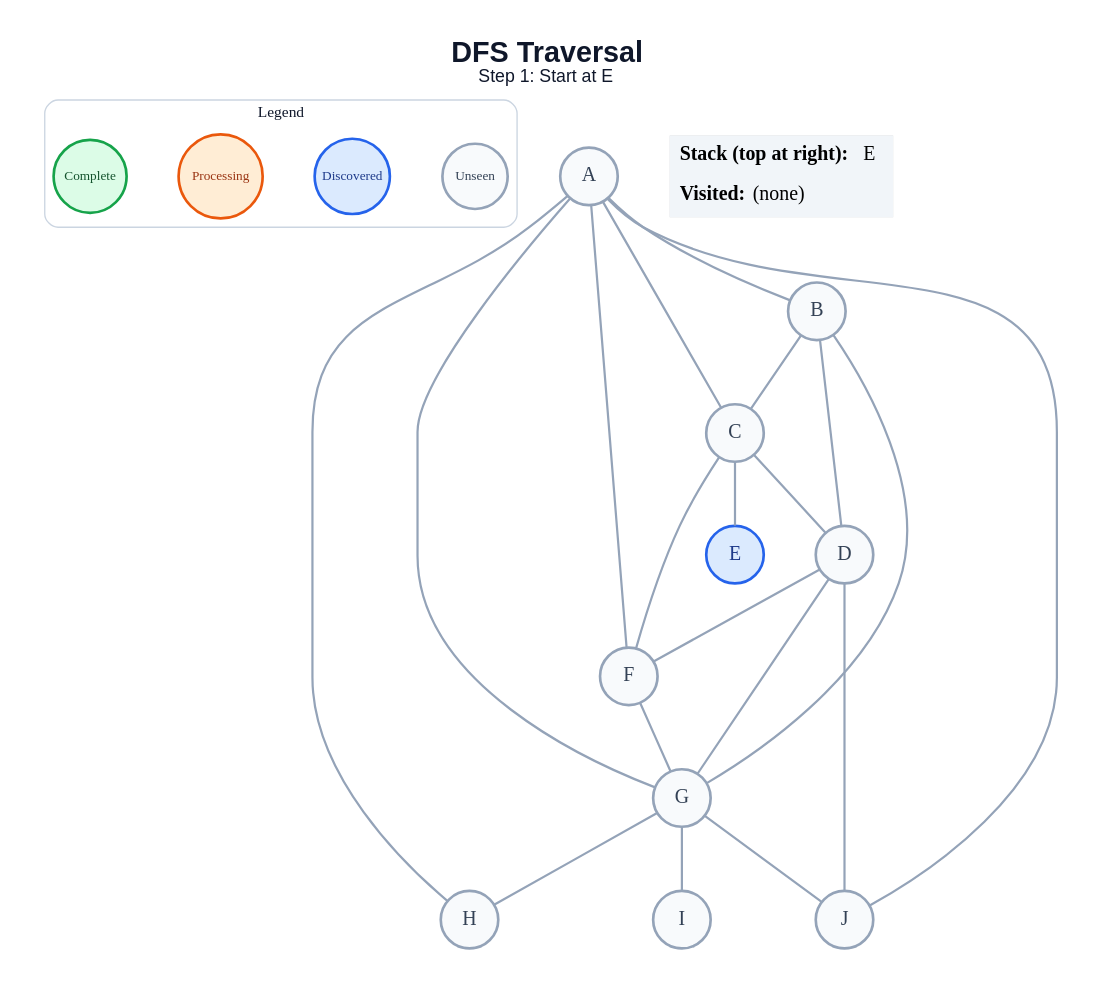
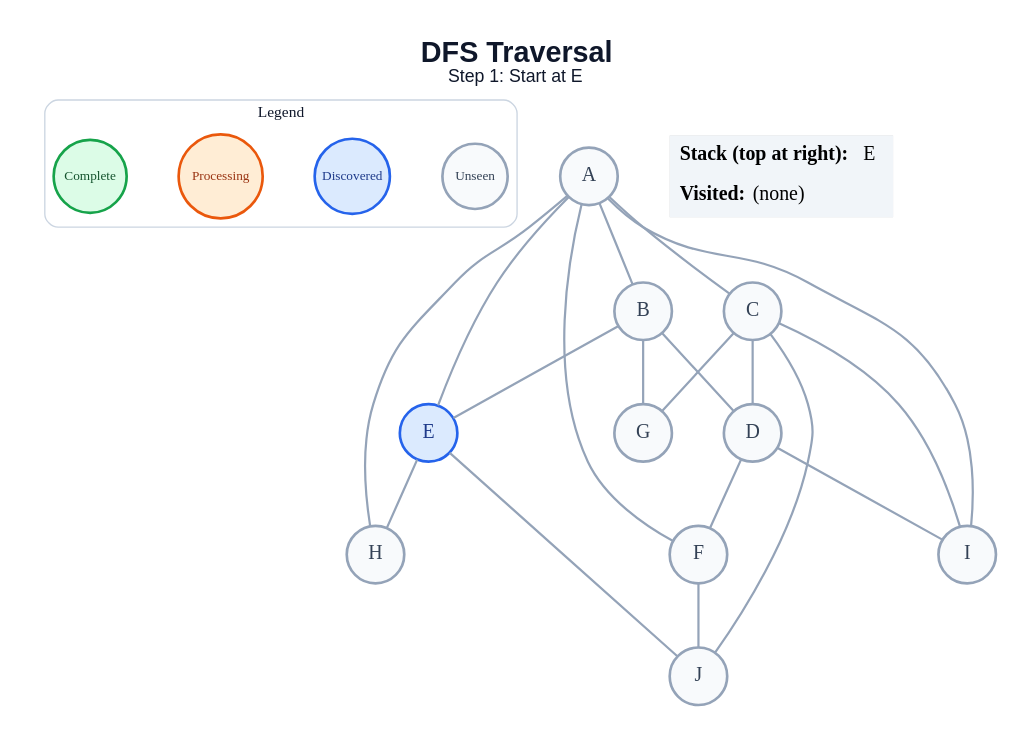
The diagram in generated/specific-node/dfs/step_01.dot (amanghodawala9/ai-slop), drawn with Graphviz before and after one commit. The commit also changed 178 other files, not shown here.

```diff
--- a/generated/specific-node/dfs/step_01.dot
+++ b/generated/specific-node/dfs/step_01.dot
@@ -1,48 +1,47 @@
 graph traversal {
   graph [layout=dot, rankdir=TB, bgcolor="#FFFFFF", pad="0.35", nodesep="0.65", ranksep="0.8", fontname="Arial"];
   node [shape=circle, style="filled", fontname="Arial Bold", fontsize=18, width=0.72, fixedsize=true, penwidth=2.4];
   edge [color="#94A3B8", penwidth=2.0];
   label=<<B>DFS Traversal</B><BR/><FONT POINT-SIZE="16">Step 1: Start at E</FONT>>; labelloc="t"; fontsize=26; fontname="Arial"; fontcolor="#0F172A";
   subgraph cluster_legend { label="Legend"; color="#CBD5E1"; penwidth=1.2; style="rounded"; fontsize=14; fontname="Arial Bold";
     key_unseen [label="Unseen", fillcolor="#F8FAFC", color="#94A3B8", fontcolor="#334155", fontsize=12, width=0.82];
     key_frontier [label="Discovered", fillcolor="#DBEAFE", color="#2563EB", fontcolor="#1E3A8A", fontsize=12, width=0.95];
     key_current [label="Processing", fillcolor="#FFEDD5", color="#EA580C", fontcolor="#9A3412", fontsize=12, width=1.05];
     key_done [label="Complete", fillcolor="#DCFCE7", color="#16A34A", fontcolor="#14532D", fontsize=12, width=0.92];
     { rank=same; key_unseen; key_frontier; key_current; key_done; }
   }
   A [fillcolor="#F8FAFC", color="#94A3B8", fontcolor="#334155"];
   B [fillcolor="#F8FAFC", color="#94A3B8", fontcolor="#334155"];
   C [fillcolor="#F8FAFC", color="#94A3B8", fontcolor="#334155"];
   D [fillcolor="#F8FAFC", color="#94A3B8", fontcolor="#334155"];
   E [fillcolor="#DBEAFE", color="#2563EB", fontcolor="#1E3A8A"];
   F [fillcolor="#F8FAFC", color="#94A3B8", fontcolor="#334155"];
   G [fillcolor="#F8FAFC", color="#94A3B8", fontcolor="#334155"];
   H [fillcolor="#F8FAFC", color="#94A3B8", fontcolor="#334155"];
   I [fillcolor="#F8FAFC", color="#94A3B8", fontcolor="#334155"];
   J [fillcolor="#F8FAFC", color="#94A3B8", fontcolor="#334155"];
   A -- B;
   A -- C;
+  A -- E;
   A -- F;
-  A -- G;
   A -- H;
-  A -- J;
-  B -- C;
+  A -- I;
   B -- D;
+  B -- E;
   B -- G;
   C -- D;
-  C -- E;
-  C -- F;
+  C -- G;
+  C -- I;
+  C -- J;
   D -- F;
-  D -- G;
-  D -- J;
-  F -- G;
-  G -- H;
-  G -- I;
-  G -- J;
+  D -- I;
+  E -- H;
+  E -- J;
+  F -- J;
   status [shape=plain, fixedsize=false, width=0, height=0, margin=0, label=<
     <TABLE BORDER="0" CELLBORDER="0" CELLPADDING="7" BGCOLOR="#F1F5F9">
       <TR><TD ALIGN="LEFT"><B>Stack (top at right):</B> E</TD></TR>
       <TR><TD ALIGN="LEFT"><B>Visited:</B> (none)</TD></TR>
     </TABLE>
   >];
 }
```
